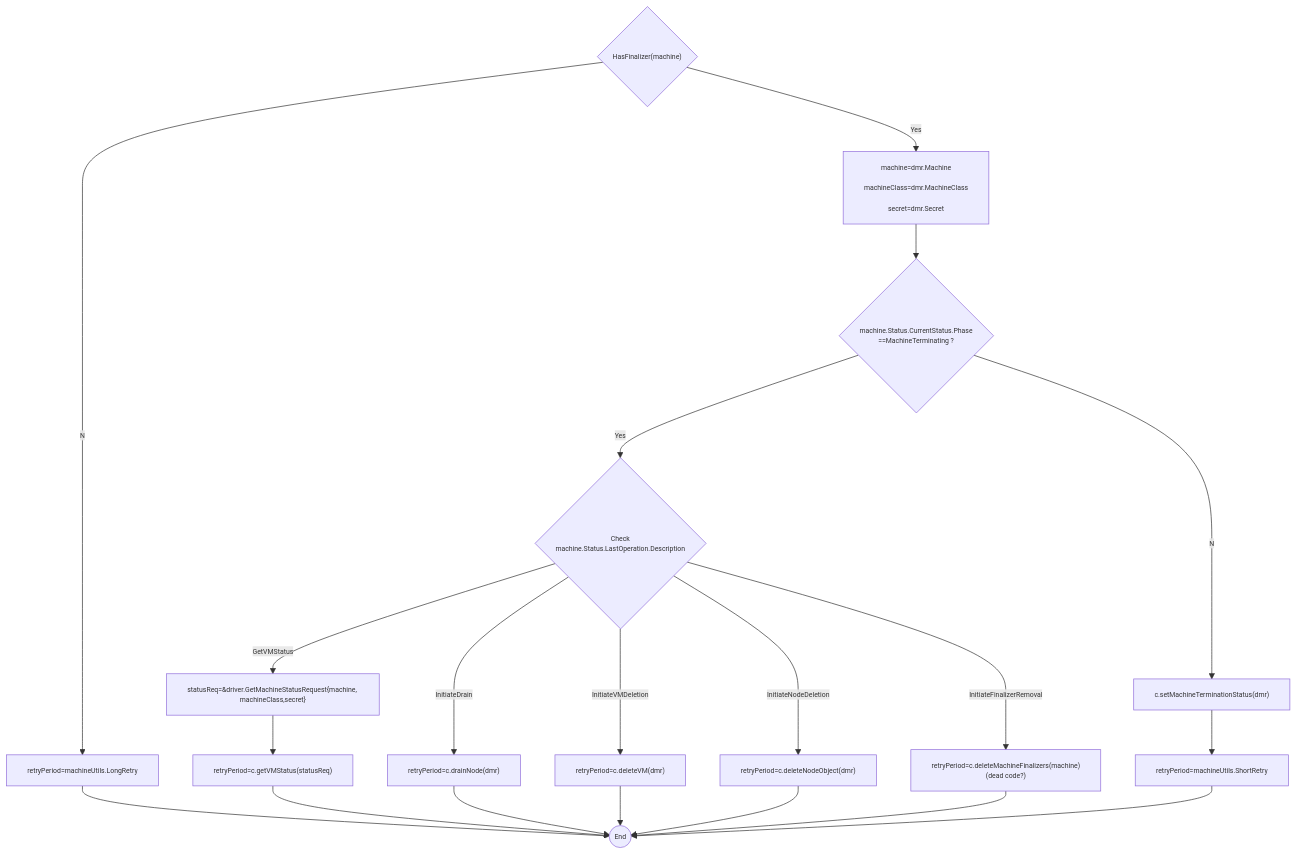
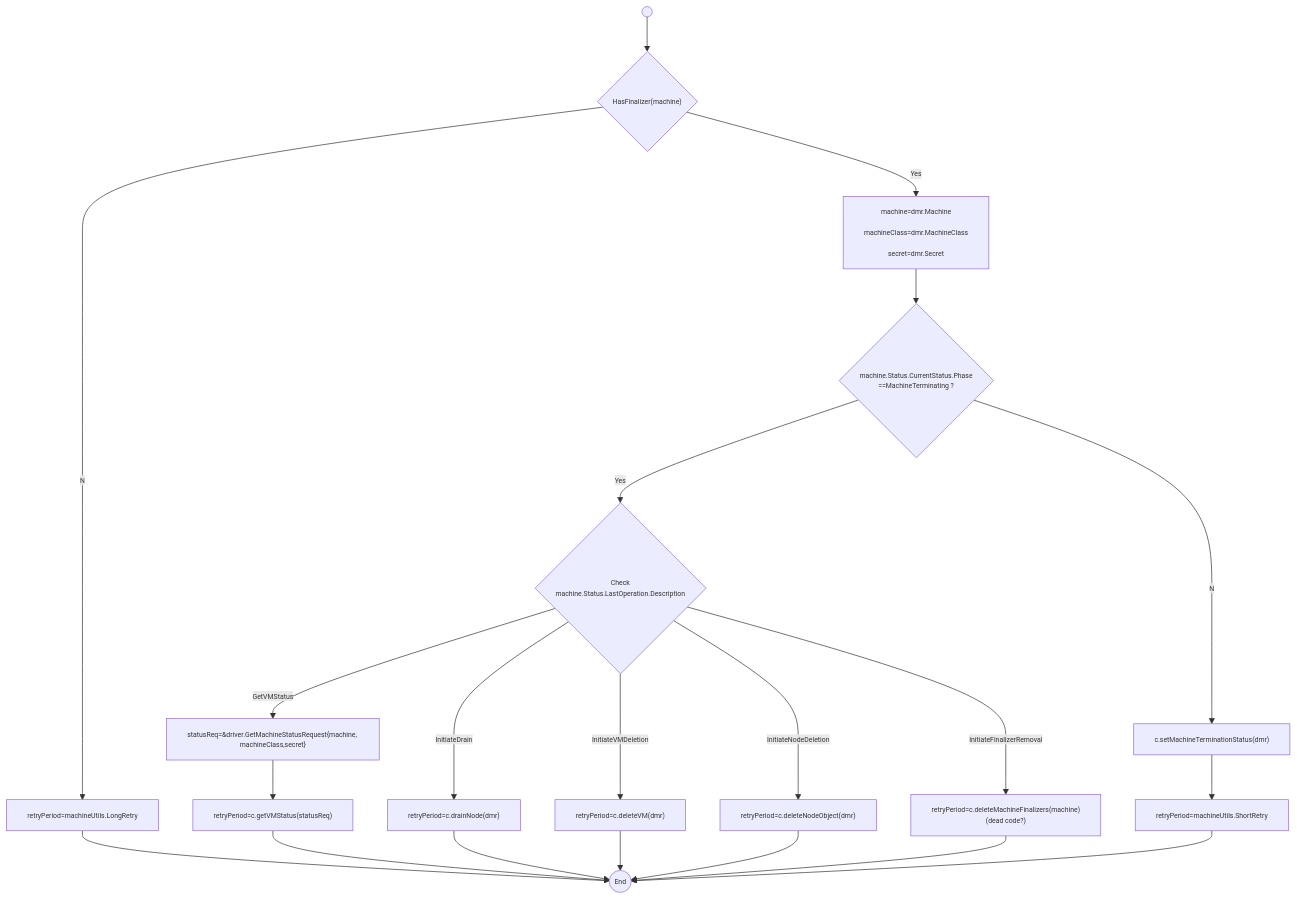
Before and after one commit to elankath/mcmdesign: the fourth of 6 diagrams in src/machine-controller/cluster_machine_reconcile.md, drawn with Mermaid. The commit also changed other lines of this file and 19 other files, not shown here.

````diff
--- a/src/machine-controller/cluster_machine_reconcile.md
+++ b/src/machine-controller/cluster_machine_reconcile.md
@@ -74,48 +175,49 @@
 ```mermaid
 %%{init: {'themeVariables': { 'fontSize': '10px'}, "flowchart": {"useMaxWidth": false }}}%%
 flowchart TD
 
 GM["machine=dmr.Machine\n
 machineClass=dmr.MachineClass\n
 secret=dmr.Secret"]
 HasFin{"HasFinalizer(machine)"}
 LongR["retryPeriod=machineUtils.LongRetry"]
 ShortR["retryPeriod=machineUtils.ShortRetry"]
 ChkMachineTerm{"machine.Status.CurrentStatus.Phase\n==MachineTerminating ?"}
 CheckMachineOperation{"Check\nmachine.Status.LastOperation.Description"}
 DrainNode["retryPeriod=c.drainNode(dmr)"]
 DeleteVM["retryPeriod=c.deleteVM(dmr)"]
 DeleteNode["retryPeriod=c.deleteNodeObject(dmr)"]
 DeleteMachineFin["retryPeriod=c.deleteMachineFinalizers(machine)\n(dead code?)"]
 SetMachineTermStatus["c.setMachineTerminationStatus(dmr)"]
 
 CreateMachineStatusRequest["statusReq=&driver.GetMachineStatusRequest{machine, machineClass,secret}"]
 GetVMStatus["retryPeriod=c.getVMStatus(statusReq)"]
 
 
 
 Z(("End"))
 
+Begin((" "))-->HasFin
 HasFin--Yes-->GM
 HasFin--No-->LongR
 LongR-->Z
 GM-->ChkMachineTerm
 ChkMachineTerm--No-->SetMachineTermStatus
 ChkMachineTerm--Yes-->CheckMachineOperation
 SetMachineTermStatus-->ShortR
 CheckMachineOperation--GetVMStatus-->CreateMachineStatusRequest
 CheckMachineOperation--InitiateDrain-->DrainNode
 CheckMachineOperation--InitiateVMDeletion-->DeleteVM
 CheckMachineOperation--InitiateNodeDeletion-->DeleteNode
 CheckMachineOperation--InitiateFinalizerRemoval-->DeleteMachineFin
 CreateMachineStatusRequest-->GetVMStatus
 GetVMStatus-->Z
 
 
 DrainNode-->Z
 DeleteVM-->Z
 DeleteNode-->Z
 DeleteMachineFin-->Z
 ShortR-->Z
 
 ```
````
